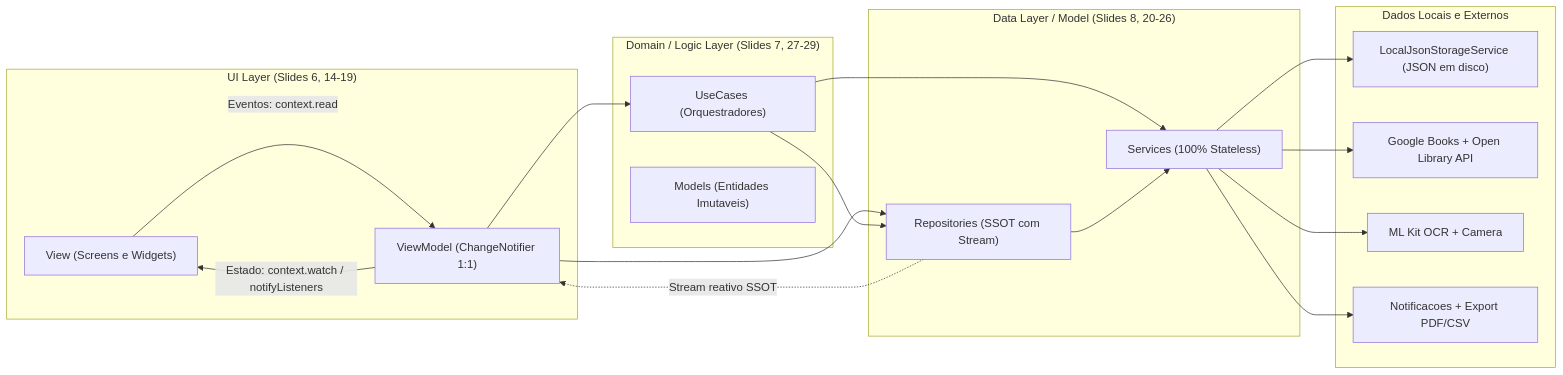
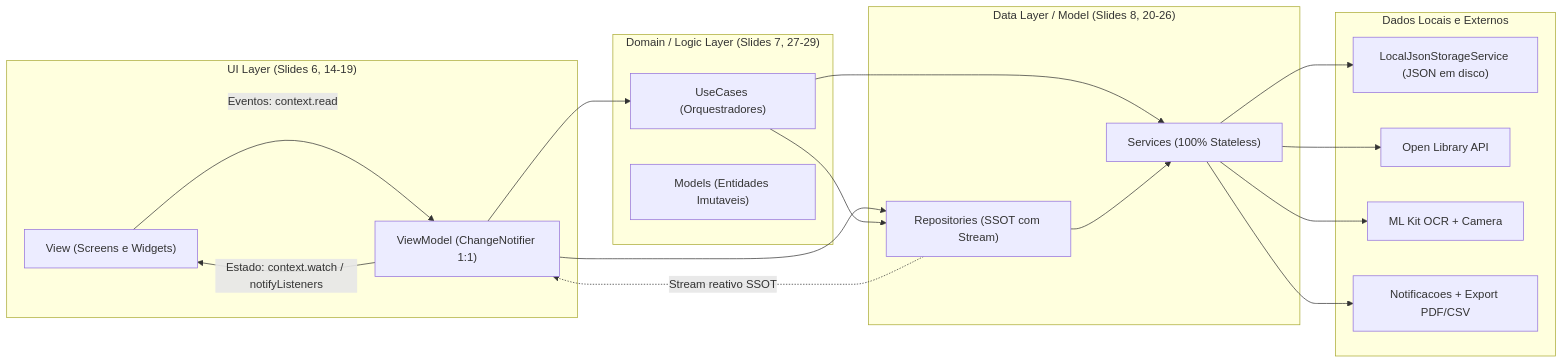
Before and after one commit to NatanaelLucasBS/booky: the first of 4 diagrams in README.md, drawn with Mermaid. The commit also changed other lines of this file and 28 other files, not shown here.

Commit message:
fix: migrar para Open Library API, corrigir responsividade do rastreador e regras de negocio

````diff
--- a/README.md
+++ b/README.md
@@ -18,37 +18,37 @@
 ```mermaid
 flowchart LR
     subgraph UI["UI Layer (Slides 6, 14-19)"]
         V["View (Screens e Widgets)"]
         VM["ViewModel (ChangeNotifier 1:1)"]
     end
 
     subgraph DOMAIN["Domain / Logic Layer (Slides 7, 27-29)"]
         UC["UseCases (Orquestradores)"]
         MOD["Models (Entidades Imutaveis)"]
     end
 
     subgraph DATA["Data Layer / Model (Slides 8, 20-26)"]
         REPO["Repositories (SSOT com Stream)"]
         SRV["Services (100% Stateless)"]
     end
 
     subgraph EXT["Dados Locais e Externos"]
         JSON["LocalJsonStorageService (JSON em disco)"]
-        API["Google Books + Open Library API"]
+        API["Open Library API"]
         ML["ML Kit OCR + Camera"]
         NOTIF["Notificacoes + Export PDF/CSV"]
     end
 
     V -- "Eventos: context.read" --> VM
     VM -- "Estado: context.watch / notifyListeners" --> V
     VM --> UC
     VM --> REPO
     UC --> REPO
     UC --> SRV
     REPO --> SRV
     REPO -. "Stream reativo SSOT" .-> VM
     SRV --> JSON
     SRV --> API
     SRV --> ML
     SRV --> NOTIF
 ```
````
